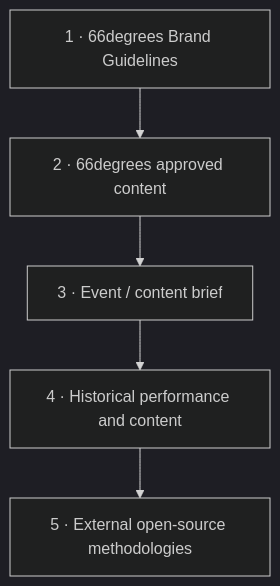
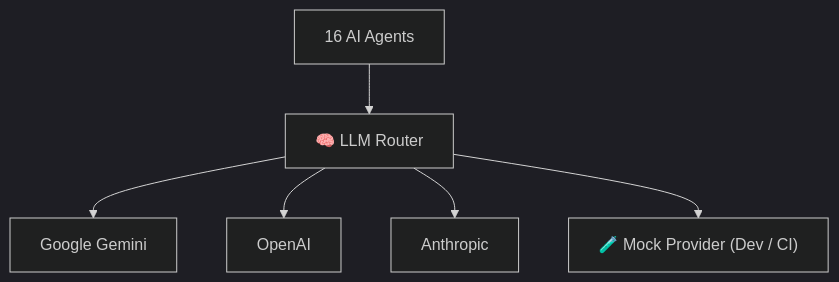
Before and after one commit to eneelkant/66degrees-content-marketing: the fifth of 6 diagrams in README.md, drawn with Mermaid (dark theme). The commit also changed other lines of this file, not shown here.

````diff
--- a/README.md
+++ b/README.md
@@ -565,7 +204,9 @@
 ```mermaid
 flowchart TD
-    S1["1 · 66degrees Brand Guidelines"] --> S2["2 · 66degrees approved content"]
-    S2 --> S3["3 · Event / content brief"]
-    S3 --> S4["4 · Historical performance and content"]
-    S4 --> S5["5 · External open-source methodologies"]
+    AGENTS["16 AI Agents"] --> ROUTER["🧠 LLM Router"]
+
+    ROUTER --> GEMINI["Google Gemini"]
+    ROUTER --> OPENAI["OpenAI"]
+    ROUTER --> ANTHROPIC["Anthropic"]
+    ROUTER --> MOCK["🧪 Mock Provider (Dev / CI)"]
 ```
````
